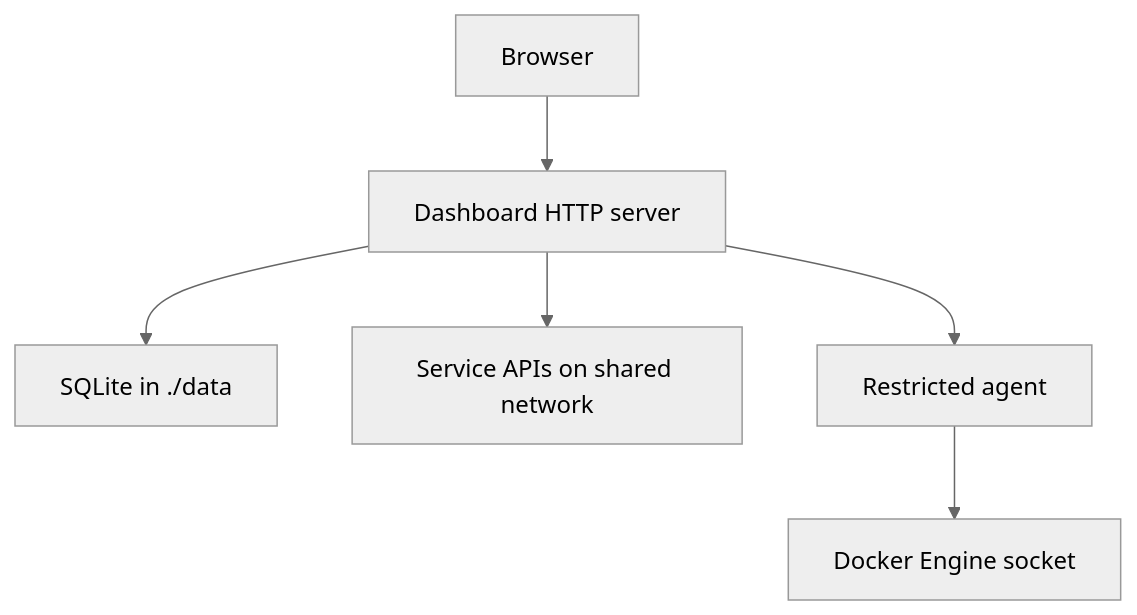
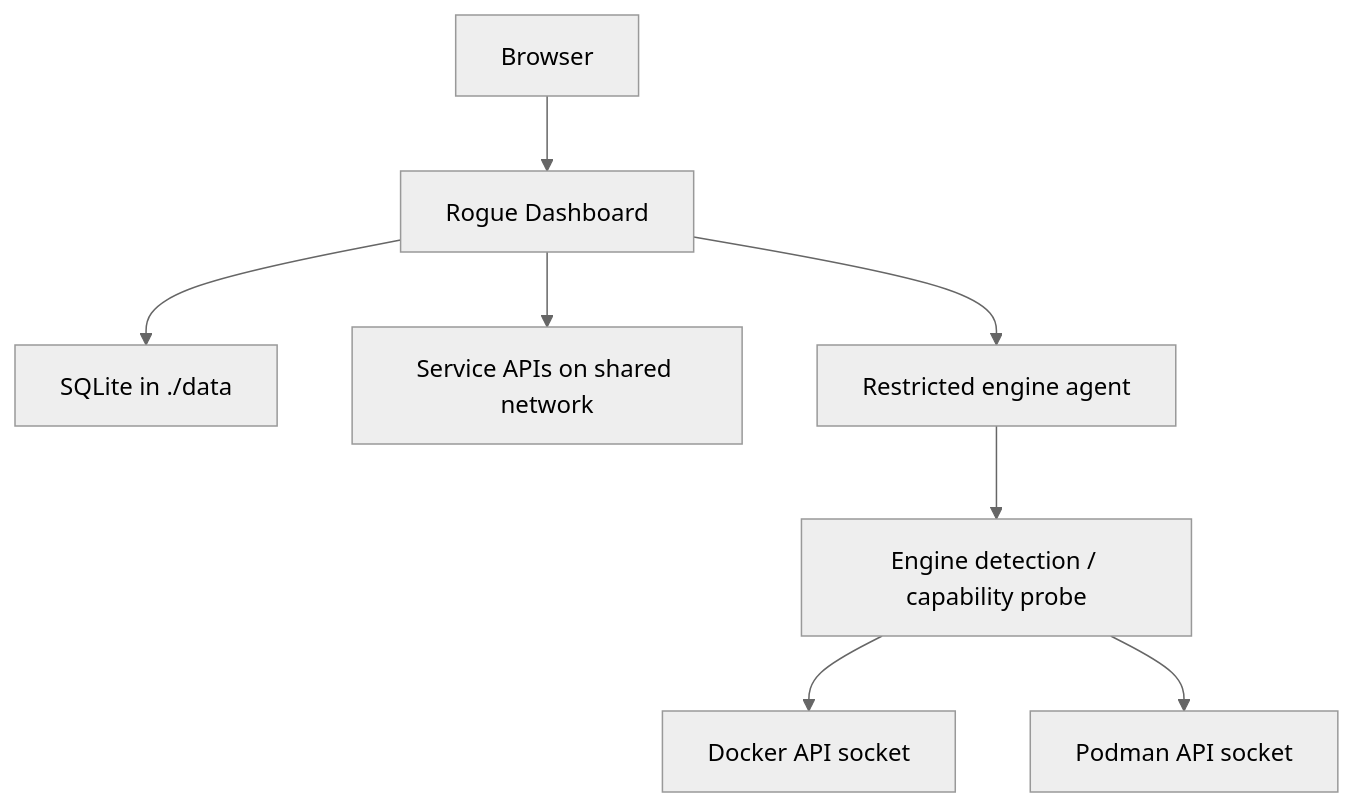
Before and after one commit to RogueAssassin/RogueDashboard: the diagram in docs/ARCHITECTURE.md, drawn with Mermaid (neutral theme). The commit also changed other lines of this file and 35 other files, not shown here.

````diff
--- a/docs/ARCHITECTURE.md
+++ b/docs/ARCHITECTURE.md
@@ -16,8 +16,10 @@
 ```mermaid
 flowchart TD
-    Browser["Browser"] --> App["Dashboard HTTP server"]
+    Browser["Browser"] --> App["Rogue Dashboard"]
     App --> SQLite["SQLite in ./data"]
     App --> Integrations["Service APIs on shared network"]
-    App --> Agent["Restricted agent"]
-    Agent --> Engine["Docker Engine socket"]
+    App --> Agent["Restricted engine agent"]
+    Agent --> Detect["Engine detection / capability probe"]
+    Detect --> Docker["Docker API socket"]
+    Detect --> Podman["Podman API socket"]
 ```
````
